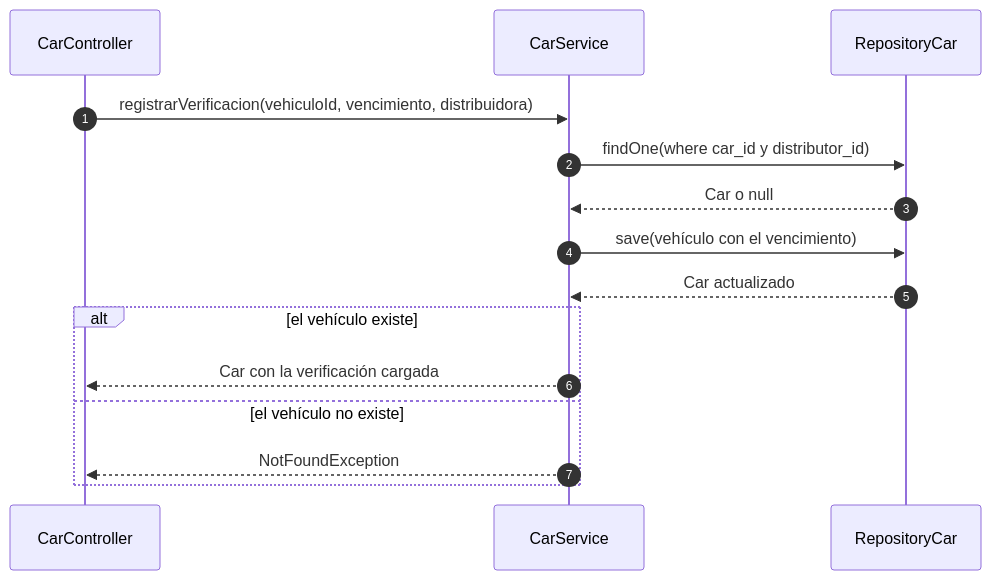
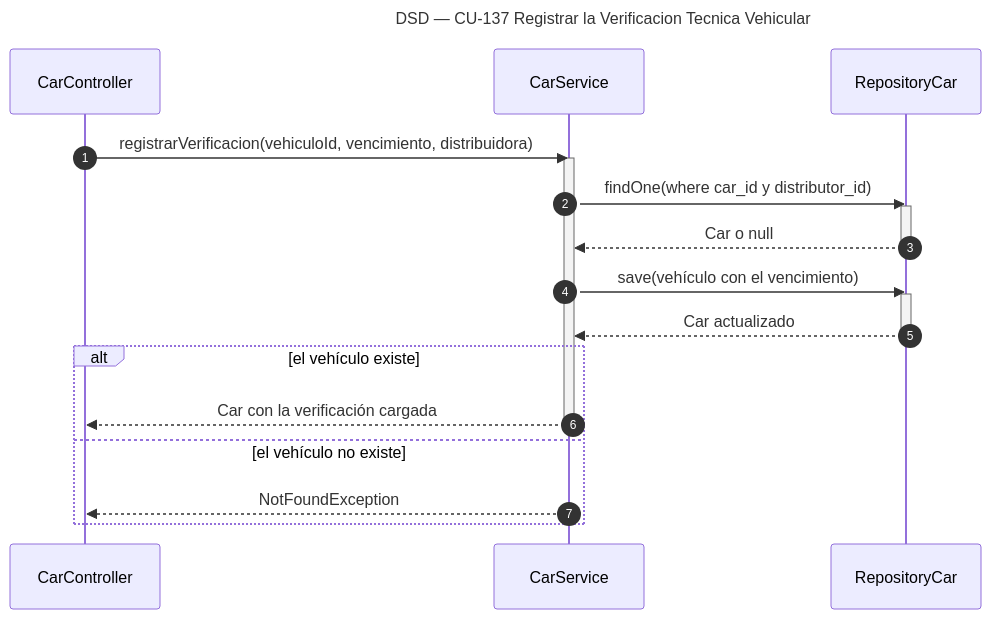
One commit to Nahuelito-Dev/splg-docs changed the diagram in diagramas/DSD_CU-137_Registrar-la-Verificacion-Tecnica-Vehicular.mmd. Above: the diagram before and after it, drawn with Mermaid. The commit also changed 296 other files, not shown here.

First line of the commit message:
feat(notacion): completar la notación UML de los 293 diagramas de secuencia

```diff
--- a/diagramas/DSD_CU-137_Registrar-la-Verificacion-Tecnica-Vehicular.mmd
+++ b/diagramas/DSD_CU-137_Registrar-la-Verificacion-Tecnica-Vehicular.mmd
@@ -1,16 +1,23 @@
 sequenceDiagram
+    title DSD — CU-137 Registrar la Verificacion Tecnica Vehicular
     autonumber
     participant CTRL as CarController
     participant SRV as CarService
     participant VREP as RepositoryCar
 
     CTRL->>SRV: registrarVerificacion(vehiculoId, vencimiento, distribuidora)
+    activate SRV
     SRV->>VREP: findOne(where car_id y distributor_id)
+    activate VREP
     VREP-->>SRV: Car o null
+    deactivate VREP
     SRV->>VREP: save(vehículo con el vencimiento)
+    activate VREP
     VREP-->>SRV: Car actualizado
+    deactivate VREP
     alt el vehículo existe
         SRV-->>CTRL: Car con la verificación cargada
+        deactivate SRV
     else el vehículo no existe
         SRV-->>CTRL: NotFoundException
     end
```
